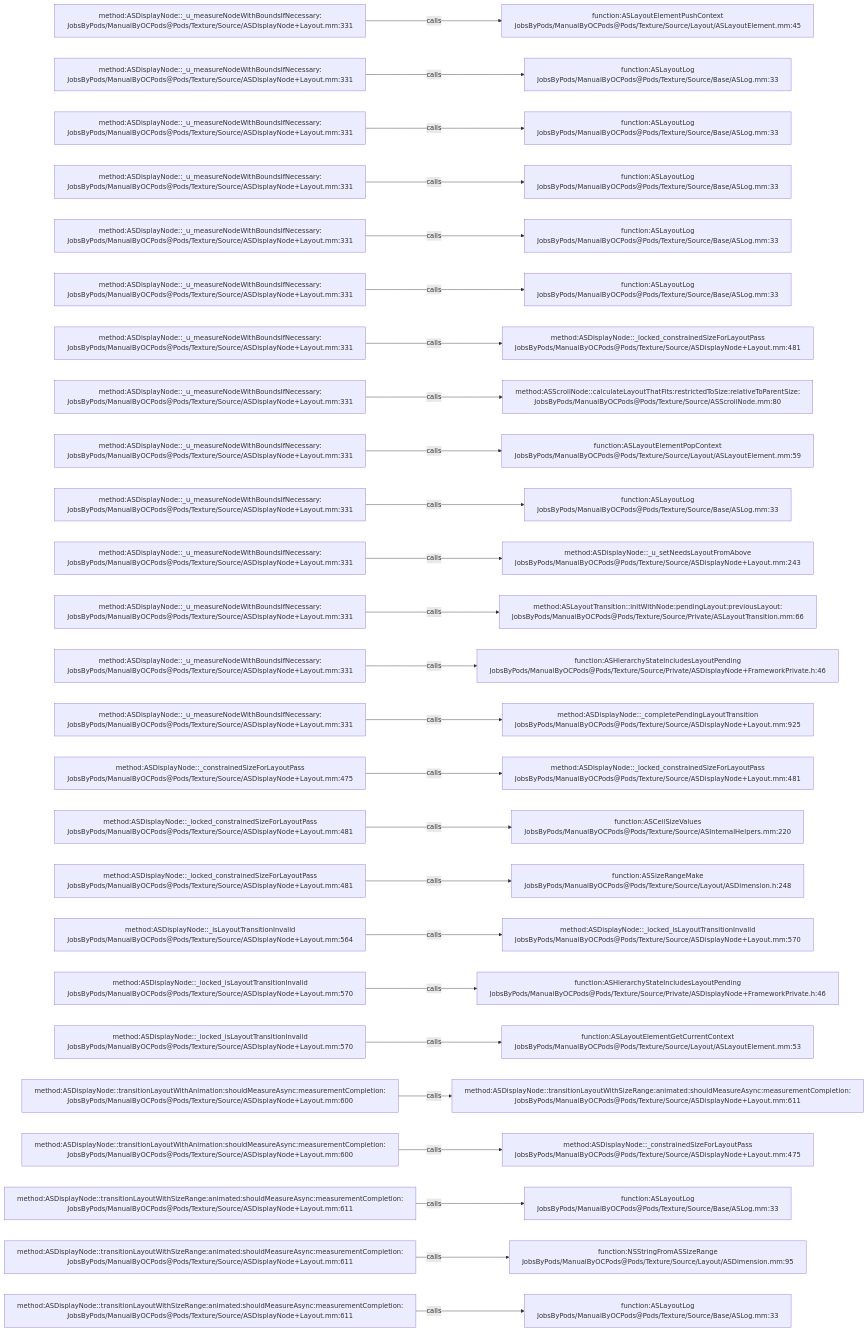
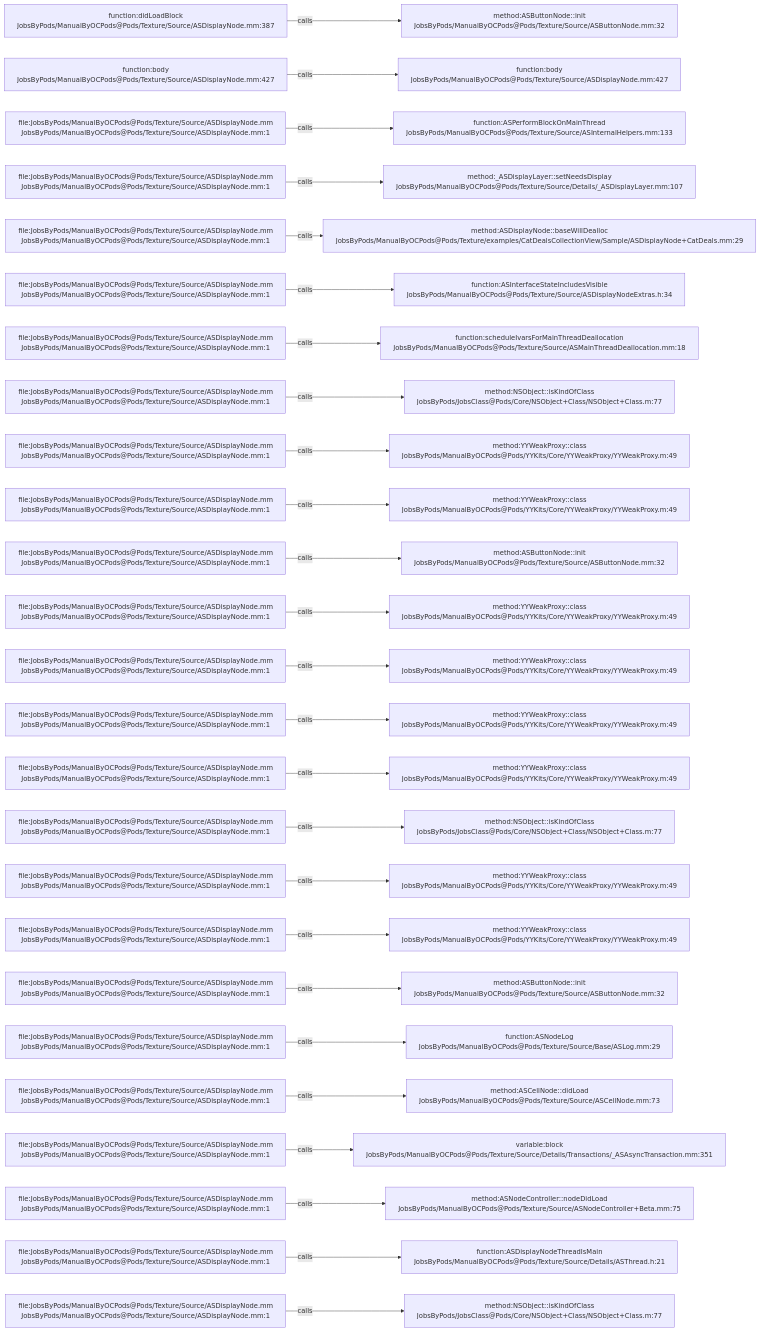
Before and after one commit to JobsKits/JobsOCBaseConfigDemo: the diagram in .codegraph/codegraph.md/graphs/calls-099.md, drawn with Mermaid. The commit also changed 1223 other files, not shown here.

````diff
--- a/.codegraph/codegraph.md/graphs/calls-099.md
+++ b/.codegraph/codegraph.md/graphs/calls-099.md
@@ -13,78 +13,78 @@
 ```mermaid
 flowchart LR
-  S1["method:ASDisplayNode::_u_measureNodeWithBoundsIfNecessary:<br/>JobsByPods/ManualByOCPods@Pods/Texture/Source/ASDisplayNode+Layout.mm:331"]
-  T1["function:ASLayoutElementPushContext<br/>JobsByPods/ManualByOCPods@Pods/Texture/Source/Layout/ASLayoutElement.mm:45"]
+  S1["function:didLoadBlock<br/>JobsByPods/ManualByOCPods@Pods/Texture/Source/ASDisplayNode.mm:387"]
+  T1["method:ASButtonNode::init<br/>JobsByPods/ManualByOCPods@Pods/Texture/Source/ASButtonNode.mm:32"]
   S1 -->|calls| T1
-  S2["method:ASDisplayNode::_u_measureNodeWithBoundsIfNecessary:<br/>JobsByPods/ManualByOCPods@Pods/Texture/Source/ASDisplayNode+Layout.mm:331"]
-  T2["function:ASLayoutLog<br/>JobsByPods/ManualByOCPods@Pods/Texture/Source/Base/ASLog.mm:33"]
+  S2["function:body<br/>JobsByPods/ManualByOCPods@Pods/Texture/Source/ASDisplayNode.mm:427"]
+  T2["function:body<br/>JobsByPods/ManualByOCPods@Pods/Texture/Source/ASDisplayNode.mm:427"]
   S2 -->|calls| T2
-  S3["method:ASDisplayNode::_u_measureNodeWithBoundsIfNecessary:<br/>JobsByPods/ManualByOCPods@Pods/Texture/Source/ASDisplayNode+Layout.mm:331"]
-  T3["function:ASLayoutLog<br/>JobsByPods/ManualByOCPods@Pods/Texture/Source/Base/ASLog.mm:33"]
+  S3["file:JobsByPods/ManualByOCPods@Pods/Texture/Source/ASDisplayNode.mm<br/>JobsByPods/ManualByOCPods@Pods/Texture/Source/ASDisplayNode.mm:1"]
+  T3["function:ASPerformBlockOnMainThread<br/>JobsByPods/ManualByOCPods@Pods/Texture/Source/ASInternalHelpers.mm:133"]
   S3 -->|calls| T3
-  S4["method:ASDisplayNode::_u_measureNodeWithBoundsIfNecessary:<br/>JobsByPods/ManualByOCPods@Pods/Texture/Source/ASDisplayNode+Layout.mm:331"]
-  T4["function:ASLayoutLog<br/>JobsByPods/ManualByOCPods@Pods/Texture/Source/Base/ASLog.mm:33"]
+  S4["file:JobsByPods/ManualByOCPods@Pods/Texture/Source/ASDisplayNode.mm<br/>JobsByPods/ManualByOCPods@Pods/Texture/Source/ASDisplayNode.mm:1"]
+  T4["method:_ASDisplayLayer::setNeedsDisplay<br/>JobsByPods/ManualByOCPods@Pods/Texture/Source/Details/_ASDisplayLayer.mm:107"]
   S4 -->|calls| T4
-  S5["method:ASDisplayNode::_u_measureNodeWithBoundsIfNecessary:<br/>JobsByPods/ManualByOCPods@Pods/Texture/Source/ASDisplayNode+Layout.mm:331"]
-  T5["function:ASLayoutLog<br/>JobsByPods/ManualByOCPods@Pods/Texture/Source/Base/ASLog.mm:33"]
+  S5["file:JobsByPods/ManualByOCPods@Pods/Texture/Source/ASDisplayNode.mm<br/>JobsByPods/ManualByOCPods@Pods/Texture/Source/ASDisplayNode.mm:1"]
+  T5["method:ASDisplayNode::baseWillDealloc<br/>JobsByPods/ManualByOCPods@Pods/Texture/examples/CatDealsCollectionView/Sample/ASDisplayNode+CatDeals.mm:29"]
   S5 -->|calls| T5
-  S6["method:ASDisplayNode::_u_measureNodeWithBoundsIfNecessary:<br/>JobsByPods/ManualByOCPods@Pods/Texture/Source/ASDisplayNode+Layout.mm:331"]
-  T6["function:ASLayoutLog<br/>JobsByPods/ManualByOCPods@Pods/Texture/Source/Base/ASLog.mm:33"]
+  S6["file:JobsByPods/ManualByOCPods@Pods/Texture/Source/ASDisplayNode.mm<br/>JobsByPods/ManualByOCPods@Pods/Texture/Source/ASDisplayNode.mm:1"]
+  T6["function:ASInterfaceStateIncludesVisible<br/>JobsByPods/ManualByOCPods@Pods/Texture/Source/ASDisplayNodeExtras.h:34"]
   S6 -->|calls| T6
-  S7["method:ASDisplayNode::_u_measureNodeWithBoundsIfNecessary:<br/>JobsByPods/ManualByOCPods@Pods/Texture/Source/ASDisplayNode+Layout.mm:331"]
-  T7["method:ASDisplayNode::_locked_constrainedSizeForLayoutPass<br/>JobsByPods/ManualByOCPods@Pods/Texture/Source/ASDisplayNode+Layout.mm:481"]
+  S7["file:JobsByPods/ManualByOCPods@Pods/Texture/Source/ASDisplayNode.mm<br/>JobsByPods/ManualByOCPods@Pods/Texture/Source/ASDisplayNode.mm:1"]
+  T7["function:scheduleIvarsForMainThreadDeallocation<br/>JobsByPods/ManualByOCPods@Pods/Texture/Source/ASMainThreadDeallocation.mm:18"]
   S7 -->|calls| T7
-  S8["method:ASDisplayNode::_u_measureNodeWithBoundsIfNecessary:<br/>JobsByPods/ManualByOCPods@Pods/Texture/Source/ASDisplayNode+Layout.mm:331"]
-  T8["method:ASScrollNode::calculateLayoutThatFits:restrictedToSize:relativeToParentSize:<br/>JobsByPods/ManualByOCPods@Pods/Texture/Source/ASScrollNode.mm:80"]
+  S8["file:JobsByPods/ManualByOCPods@Pods/Texture/Source/ASDisplayNode.mm<br/>JobsByPods/ManualByOCPods@Pods/Texture/Source/ASDisplayNode.mm:1"]
+  T8["method:NSObject::isKindOfClass<br/>JobsByPods/JobsClass@Pods/Core/NSObject+Class/NSObject+Class.m:77"]
   S8 -->|calls| T8
-  S9["method:ASDisplayNode::_u_measureNodeWithBoundsIfNecessary:<br/>JobsByPods/ManualByOCPods@Pods/Texture/Source/ASDisplayNode+Layout.mm:331"]
-  T9["function:ASLayoutElementPopContext<br/>JobsByPods/ManualByOCPods@Pods/Texture/Source/Layout/ASLayoutElement.mm:59"]
+  S9["file:JobsByPods/ManualByOCPods@Pods/Texture/Source/ASDisplayNode.mm<br/>JobsByPods/ManualByOCPods@Pods/Texture/Source/ASDisplayNode.mm:1"]
+  T9["method:YYWeakProxy::class<br/>JobsByPods/ManualByOCPods@Pods/YYKits/Core/YYWeakProxy/YYWeakProxy.m:49"]
   S9 -->|calls| T9
-  S10["method:ASDisplayNode::_u_measureNodeWithBoundsIfNecessary:<br/>JobsByPods/ManualByOCPods@Pods/Texture/Source/ASDisplayNode+Layout.mm:331"]
-  T10["function:ASLayoutLog<br/>JobsByPods/ManualByOCPods@Pods/Texture/Source/Base/ASLog.mm:33"]
+  S10["file:JobsByPods/ManualByOCPods@Pods/Texture/Source/ASDisplayNode.mm<br/>JobsByPods/ManualByOCPods@Pods/Texture/Source/ASDisplayNode.mm:1"]
+  T10["method:YYWeakProxy::class<br/>JobsByPods/ManualByOCPods@Pods/YYKits/Core/YYWeakProxy/YYWeakProxy.m:49"]
   S10 -->|calls| T10
-  S11["method:ASDisplayNode::_u_measureNodeWithBoundsIfNecessary:<br/>JobsByPods/ManualByOCPods@Pods/Texture/Source/ASDisplayNode+Layout.mm:331"]
-  T11["method:ASDisplayNode::_u_setNeedsLayoutFromAbove<br/>JobsByPods/ManualByOCPods@Pods/Texture/Source/ASDisplayNode+Layout.mm:243"]
+  S11["file:JobsByPods/ManualByOCPods@Pods/Texture/Source/ASDisplayNode.mm<br/>JobsByPods/ManualByOCPods@Pods/Texture/Source/ASDisplayNode.mm:1"]
+  T11["method:ASButtonNode::init<br/>JobsByPods/ManualByOCPods@Pods/Texture/Source/ASButtonNode.mm:32"]
   S11 -->|calls| T11
-  S12["method:ASDisplayNode::_u_measureNodeWithBoundsIfNecessary:<br/>JobsByPods/ManualByOCPods@Pods/Texture/Source/ASDisplayNode+Layout.mm:331"]
-  T12["method:ASLayoutTransition::initWithNode:pendingLayout:previousLayout:<br/>JobsByPods/ManualByOCPods@Pods/Texture/Source/Private/ASLayoutTransition.mm:66"]
+  S12["file:JobsByPods/ManualByOCPods@Pods/Texture/Source/ASDisplayNode.mm<br/>JobsByPods/ManualByOCPods@Pods/Texture/Source/ASDisplayNode.mm:1"]
+  T12["method:YYWeakProxy::class<br/>JobsByPods/ManualByOCPods@Pods/YYKits/Core/YYWeakProxy/YYWeakProxy.m:49"]
   S12 -->|calls| T12
-  S13["method:ASDisplayNode::_u_measureNodeWithBoundsIfNecessary:<br/>JobsByPods/ManualByOCPods@Pods/Texture/Source/ASDisplayNode+Layout.mm:331"]
-  T13["function:ASHierarchyStateIncludesLayoutPending<br/>JobsByPods/ManualByOCPods@Pods/Texture/Source/Private/ASDisplayNode+FrameworkPrivate.h:46"]
+  S13["file:JobsByPods/ManualByOCPods@Pods/Texture/Source/ASDisplayNode.mm<br/>JobsByPods/ManualByOCPods@Pods/Texture/Source/ASDisplayNode.mm:1"]
+  T13["method:YYWeakProxy::class<br/>JobsByPods/ManualByOCPods@Pods/YYKits/Core/YYWeakProxy/YYWeakProxy.m:49"]
   S13 -->|calls| T13
-  S14["method:ASDisplayNode::_u_measureNodeWithBoundsIfNecessary:<br/>JobsByPods/ManualByOCPods@Pods/Texture/Source/ASDisplayNode+Layout.mm:331"]
-  T14["method:ASDisplayNode::_completePendingLayoutTransition<br/>JobsByPods/ManualByOCPods@Pods/Texture/Source/ASDisplayNode+Layout.mm:925"]
+  S14["file:JobsByPods/ManualByOCPods@Pods/Texture/Source/ASDisplayNode.mm<br/>JobsByPods/ManualByOCPods@Pods/Texture/Source/ASDisplayNode.mm:1"]
+  T14["method:YYWeakProxy::class<br/>JobsByPods/ManualByOCPods@Pods/YYKits/Core/YYWeakProxy/YYWeakProxy.m:49"]
   S14 -->|calls| T14
-  S15["method:ASDisplayNode::_constrainedSizeForLayoutPass<br/>JobsByPods/ManualByOCPods@Pods/Texture/Source/ASDisplayNode+Layout.mm:475"]
-  T15["method:ASDisplayNode::_locked_constrainedSizeForLayoutPass<br/>JobsByPods/ManualByOCPods@Pods/Texture/Source/ASDisplayNode+Layout.mm:481"]
+  S15["file:JobsByPods/ManualByOCPods@Pods/Texture/Source/ASDisplayNode.mm<br/>JobsByPods/ManualByOCPods@Pods/Texture/Source/ASDisplayNode.mm:1"]
+  T15["method:YYWeakProxy::class<br/>JobsByPods/ManualByOCPods@Pods/YYKits/Core/YYWeakProxy/YYWeakProxy.m:49"]
   S15 -->|calls| T15
-  S16["method:ASDisplayNode::_locked_constrainedSizeForLayoutPass<br/>JobsByPods/ManualByOCPods@Pods/Texture/Source/ASDisplayNode+Layout.mm:481"]
-  T16["function:ASCeilSizeValues<br/>JobsByPods/ManualByOCPods@Pods/Texture/Source/ASInternalHelpers.mm:220"]
+  S16["file:JobsByPods/ManualByOCPods@Pods/Texture/Source/ASDisplayNode.mm<br/>JobsByPods/ManualByOCPods@Pods/Texture/Source/ASDisplayNode.mm:1"]
+  T16["method:NSObject::isKindOfClass<br/>JobsByPods/JobsClass@Pods/Core/NSObject+Class/NSObject+Class.m:77"]
   S16 -->|calls| T16
-  S17["method:ASDisplayNode::_locked_constrainedSizeForLayoutPass<br/>JobsByPods/ManualByOCPods@Pods/Texture/Source/ASDisplayNode+Layout.mm:481"]
-  T17["function:ASSizeRangeMake<br/>JobsByPods/ManualByOCPods@Pods/Texture/Source/Layout/ASDimension.h:248"]
+  S17["file:JobsByPods/ManualByOCPods@Pods/Texture/Source/ASDisplayNode.mm<br/>JobsByPods/ManualByOCPods@Pods/Texture/Source/ASDisplayNode.mm:1"]
+  T17["method:YYWeakProxy::class<br/>JobsByPods/ManualByOCPods@Pods/YYKits/Core/YYWeakProxy/YYWeakProxy.m:49"]
   S17 -->|calls| T17
-  S18["method:ASDisplayNode::_isLayoutTransitionInvalid<br/>JobsByPods/ManualByOCPods@Pods/Texture/Source/ASDisplayNode+Layout.mm:564"]
-  T18["method:ASDisplayNode::_locked_isLayoutTransitionInvalid<br/>JobsByPods/ManualByOCPods@Pods/Texture/Source/ASDisplayNode+Layout.mm:570"]
+  S18["file:JobsByPods/ManualByOCPods@Pods/Texture/Source/ASDisplayNode.mm<br/>JobsByPods/ManualByOCPods@Pods/Texture/Source/ASDisplayNode.mm:1"]
+  T18["method:YYWeakProxy::class<br/>JobsByPods/ManualByOCPods@Pods/YYKits/Core/YYWeakProxy/YYWeakProxy.m:49"]
   S18 -->|calls| T18
-  S19["method:ASDisplayNode::_locked_isLayoutTransitionInvalid<br/>JobsByPods/ManualByOCPods@Pods/Texture/Source/ASDisplayNode+Layout.mm:570"]
-  T19["function:ASHierarchyStateIncludesLayoutPending<br/>JobsByPods/ManualByOCPods@Pods/Texture/Source/Private/ASDisplayNode+FrameworkPrivate.h:46"]
+  S19["file:JobsByPods/ManualByOCPods@Pods/Texture/Source/ASDisplayNode.mm<br/>JobsByPods/ManualByOCPods@Pods/Texture/Source/ASDisplayNode.mm:1"]
+  T19["method:ASButtonNode::init<br/>JobsByPods/ManualByOCPods@Pods/Texture/Source/ASButtonNode.mm:32"]
   S19 -->|calls| T19
-  S20["method:ASDisplayNode::_locked_isLayoutTransitionInvalid<br/>JobsByPods/ManualByOCPods@Pods/Texture/Source/ASDisplayNode+Layout.mm:570"]
-  T20["function:ASLayoutElementGetCurrentContext<br/>JobsByPods/ManualByOCPods@Pods/Texture/Source/Layout/ASLayoutElement.mm:53"]
+  S20["file:JobsByPods/ManualByOCPods@Pods/Texture/Source/ASDisplayNode.mm<br/>JobsByPods/ManualByOCPods@Pods/Texture/Source/ASDisplayNode.mm:1"]
+  T20["function:ASNodeLog<br/>JobsByPods/ManualByOCPods@Pods/Texture/Source/Base/ASLog.mm:29"]
   S20 -->|calls| T20
-  S21["method:ASDisplayNode::transitionLayoutWithAnimation:shouldMeasureAsync:measurementCompletion:<br/>JobsByPods/ManualByOCPods@Pods/Texture/Source/ASDisplayNode+Layout.mm:600"]
-  T21["method:ASDisplayNode::transitionLayoutWithSizeRange:animated:shouldMeasureAsync:measurementCompletion:<br/>JobsByPods/ManualByOCPods@Pods/Texture/Source/ASDisplayNode+Layout.mm:611"]
+  S21["file:JobsByPods/ManualByOCPods@Pods/Texture/Source/ASDisplayNode.mm<br/>JobsByPods/ManualByOCPods@Pods/Texture/Source/ASDisplayNode.mm:1"]
+  T21["method:ASCellNode::didLoad<br/>JobsByPods/ManualByOCPods@Pods/Texture/Source/ASCellNode.mm:73"]
   S21 -->|calls| T21
-  S22["method:ASDisplayNode::transitionLayoutWithAnimation:shouldMeasureAsync:measurementCompletion:<br/>JobsByPods/ManualByOCPods@Pods/Texture/Source/ASDisplayNode+Layout.mm:600"]
-  T22["method:ASDisplayNode::_constrainedSizeForLayoutPass<br/>JobsByPods/ManualByOCPods@Pods/Texture/Source/ASDisplayNode+Layout.mm:475"]
+  S22["file:JobsByPods/ManualByOCPods@Pods/Texture/Source/ASDisplayNode.mm<br/>JobsByPods/ManualByOCPods@Pods/Texture/Source/ASDisplayNode.mm:1"]
+  T22["variable:block<br/>JobsByPods/ManualByOCPods@Pods/Texture/Source/Details/Transactions/_ASAsyncTransaction.mm:351"]
   S22 -->|calls| T22
-  S23["method:ASDisplayNode::transitionLayoutWithSizeRange:animated:shouldMeasureAsync:measurementCompletion:<br/>JobsByPods/ManualByOCPods@Pods/Texture/Source/ASDisplayNode+Layout.mm:611"]
-  T23["function:ASLayoutLog<br/>JobsByPods/ManualByOCPods@Pods/Texture/Source/Base/ASLog.mm:33"]
+  S23["file:JobsByPods/ManualByOCPods@Pods/Texture/Source/ASDisplayNode.mm<br/>JobsByPods/ManualByOCPods@Pods/Texture/Source/ASDisplayNode.mm:1"]
+  T23["method:ASNodeController::nodeDidLoad<br/>JobsByPods/ManualByOCPods@Pods/Texture/Source/ASNodeController+Beta.mm:75"]
   S23 -->|calls| T23
-  S24["method:ASDisplayNode::transitionLayoutWithSizeRange:animated:shouldMeasureAsync:measurementCompletion:<br/>JobsByPods/ManualByOCPods@Pods/Texture/Source/ASDisplayNode+Layout.mm:611"]
-  T24["function:NSStringFromASSizeRange<br/>JobsByPods/ManualByOCPods@Pods/Texture/Source/Layout/ASDimension.mm:95"]
+  S24["file:JobsByPods/ManualByOCPods@Pods/Texture/Source/ASDisplayNode.mm<br/>JobsByPods/ManualByOCPods@Pods/Texture/Source/ASDisplayNode.mm:1"]
+  T24["function:ASDisplayNodeThreadIsMain<br/>JobsByPods/ManualByOCPods@Pods/Texture/Source/Details/ASThread.h:21"]
   S24 -->|calls| T24
-  S25["method:ASDisplayNode::transitionLayoutWithSizeRange:animated:shouldMeasureAsync:measurementCompletion:<br/>JobsByPods/ManualByOCPods@Pods/Texture/Source/ASDisplayNode+Layout.mm:611"]
-  T25["function:ASLayoutLog<br/>JobsByPods/ManualByOCPods@Pods/Texture/Source/Base/ASLog.mm:33"]
+  S25["file:JobsByPods/ManualByOCPods@Pods/Texture/Source/ASDisplayNode.mm<br/>JobsByPods/ManualByOCPods@Pods/Texture/Source/ASDisplayNode.mm:1"]
+  T25["method:NSObject::isKindOfClass<br/>JobsByPods/JobsClass@Pods/Core/NSObject+Class/NSObject+Class.m:77"]
   S25 -->|calls| T25
 ```
````
